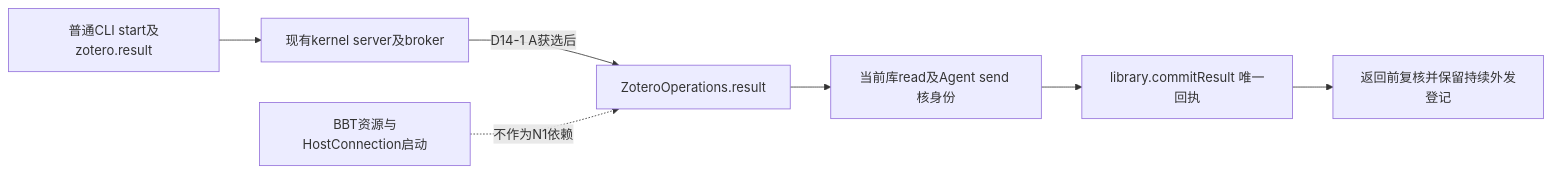
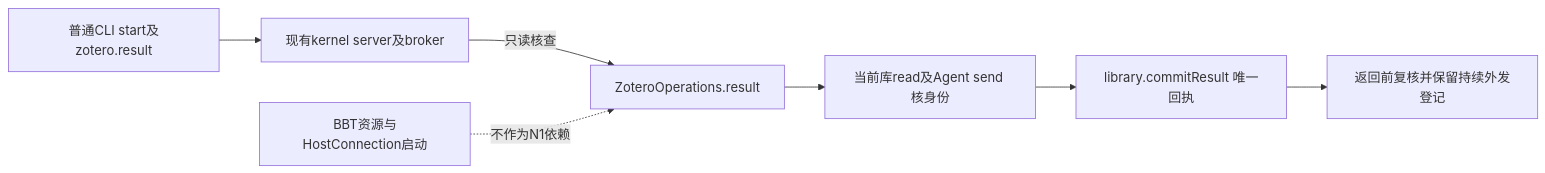
The first of 4 diagrams in openspec/changes/connect-zotero-host-bbt/design.md (leike0813/Scholoom), drawn with Mermaid before and after one commit. The commit also changed other lines of this file and 5 other files, not shown here.

````diff
--- a/openspec/changes/connect-zotero-host-bbt/design.md
+++ b/openspec/changes/connect-zotero-host-bbt/design.md
@@ -17,9 +19,9 @@
 ```mermaid
 flowchart LR
   CLI[普通CLI start及zotero.result] --> Broker[现有kernel server及broker]
-  Broker -->|D14-1 A获选后| Query[ZoteroOperations.result]
+  Broker -->|只读核查| Query[ZoteroOperations.result]
   Query --> Gate[当前库read及Agent send 核身份]
   Gate --> Library[library.commitResult 唯一回执]
   Library --> Recheck[返回前复核并保留持续外发登记]
   Native[BBT资源与HostConnection启动] -. 不作为N1依赖 .-> Query
 ```
````
